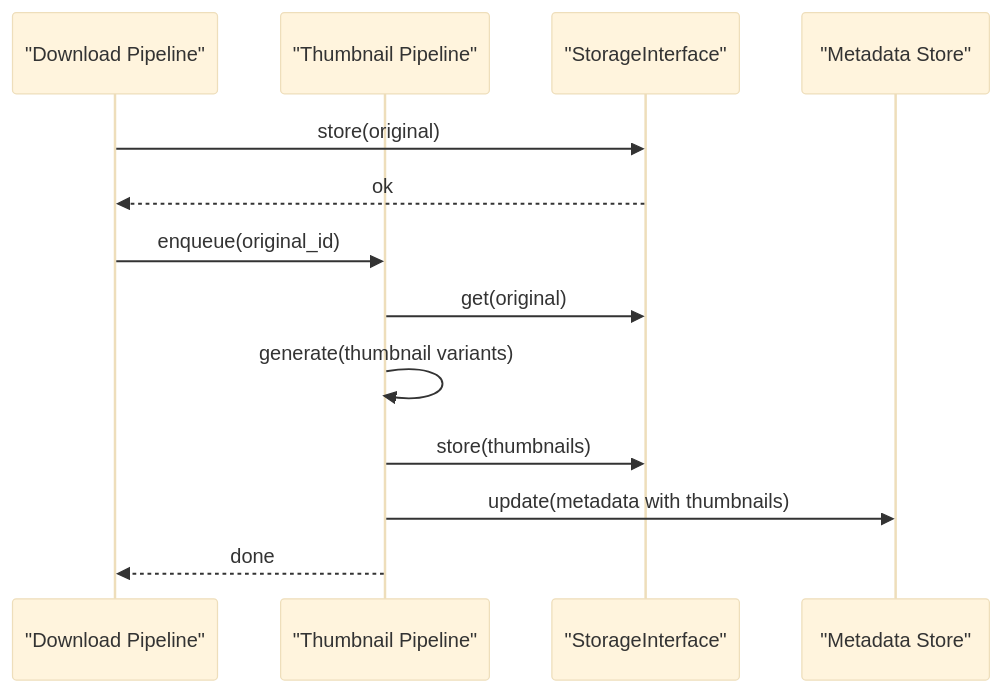
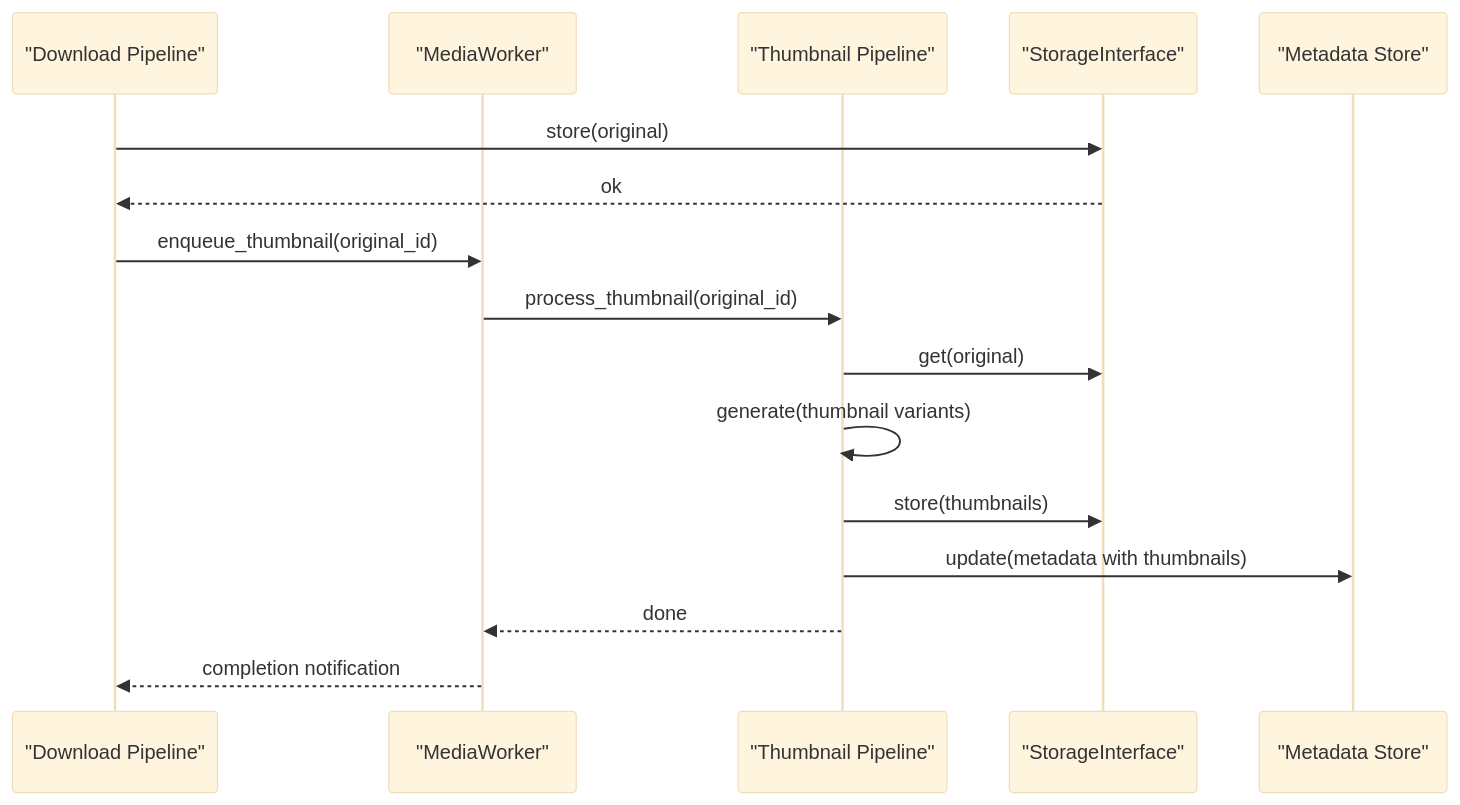
The sixth of 10 diagrams in .qoder/repowiki/en/content/Architecture/Storage Abstraction Layer/Storage Abstraction Layer.md (zuohaisu/wecom-archive), drawn with Mermaid (base theme) before and after one commit. The commit also changed other lines of this file and 90 other files, not shown here.

````diff
--- a/.qoder/repowiki/en/content/Architecture/Storage Abstraction Layer/Storage Abstraction Layer.md
+++ b/.qoder/repowiki/en/content/Architecture/Storage Abstraction Layer/Storage Abstraction Layer.md
@@ -223,15 +288,18 @@
 ```mermaid
 sequenceDiagram
 participant DL as "Download Pipeline"
+participant Worker as "MediaWorker"
 participant Thumb as "Thumbnail Pipeline"
 participant Store as "StorageInterface"
 participant DB as "Metadata Store"
 DL->>Store : store(original)
 Store-->>DL : ok
-DL->>Thumb : enqueue(original_id)
+DL->>Worker : enqueue_thumbnail(original_id)
+Worker->>Thumb : process_thumbnail(original_id)
 Thumb->>Store : get(original)
 Thumb->>Thumb : generate(thumbnail variants)
 Thumb->>Store : store(thumbnails)
 Thumb->>DB : update(metadata with thumbnails)
-Thumb-->>DL : done
+Thumb-->>Worker : done
+Worker-->>DL : completion notification
 ```
````
